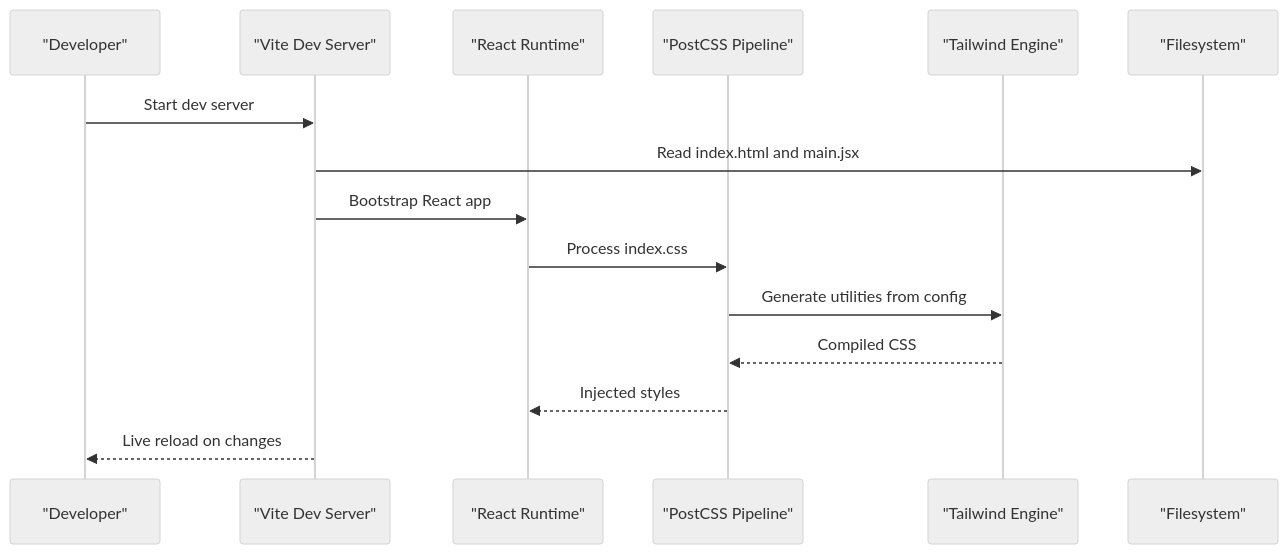
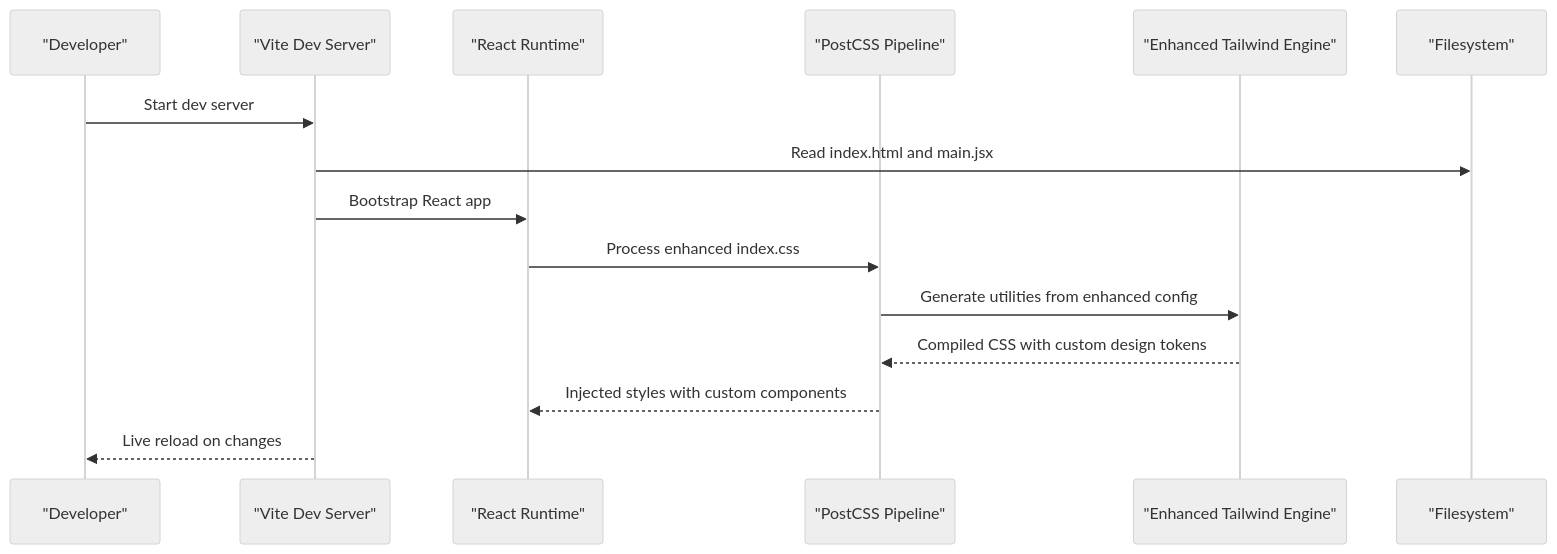
The second of 3 diagrams in .qoder/repowiki/en/content/Frontend Development/Build System & Configuration.md (14Lucifer/hackathon_ecs_creator), drawn with Mermaid (neutral theme) before and after one commit. The commit also changed other lines of this file and 120 other files, not shown here.

````diff
--- a/.qoder/repowiki/en/content/Frontend Development/Build System & Configuration.md
+++ b/.qoder/repowiki/en/content/Frontend Development/Build System & Configuration.md
@@ -85,17 +92,17 @@
 ```mermaid
 sequenceDiagram
 participant Dev as "Developer"
 participant Vite as "Vite Dev Server"
 participant React as "React Runtime"
 participant PostCSS as "PostCSS Pipeline"
-participant Tailwind as "Tailwind Engine"
+participant Tailwind as "Enhanced Tailwind Engine"
 participant FS as "Filesystem"
 Dev->>Vite : Start dev server
 Vite->>FS : Read index.html and main.jsx
 Vite->>React : Bootstrap React app
-React->>PostCSS : Process index.css
-PostCSS->>Tailwind : Generate utilities from config
-Tailwind-->>PostCSS : Compiled CSS
-PostCSS-->>React : Injected styles
+React->>PostCSS : Process enhanced index.css
+PostCSS->>Tailwind : Generate utilities from enhanced config
+Tailwind-->>PostCSS : Compiled CSS with custom design tokens
+PostCSS-->>React : Injected styles with custom components
 Vite-->>Dev : Live reload on changes
 ```
````
